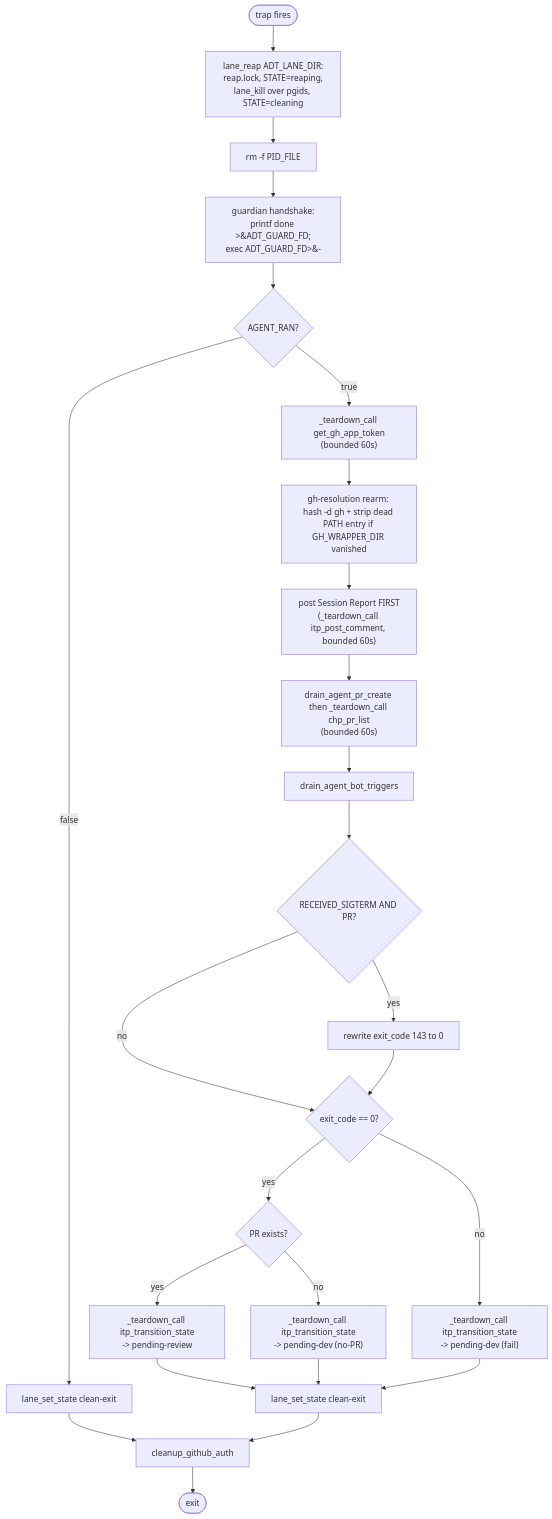
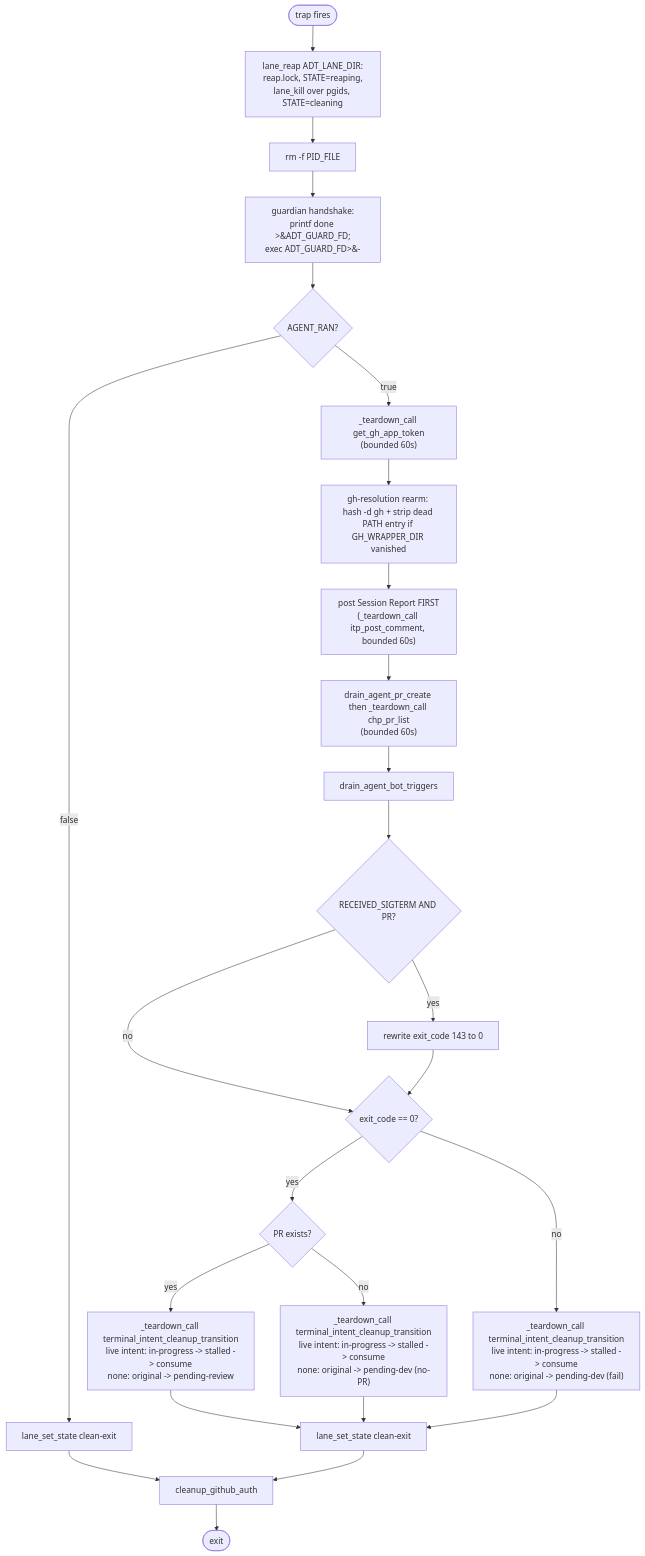
The second of 2 diagrams in docs/pipeline/dev-agent-flow.md (zxkane/autonomous-dev-team), drawn with Mermaid before and after one commit. The commit also changed other lines of this file and 27 other files, not shown here.

````diff
--- a/docs/pipeline/dev-agent-flow.md
+++ b/docs/pipeline/dev-agent-flow.md
@@ -369,31 +369,31 @@
 ```mermaid
 flowchart TD
     enter([trap fires]) --> lane_reap[lane_reap ADT_LANE_DIR:<br/>reap.lock, STATE=reaping,<br/>lane_kill over pgids, STATE=cleaning]
     lane_reap --> rm_pid[rm -f PID_FILE]
     rm_pid --> handshake["guardian handshake:<br/>printf done &gt;&amp;ADT_GUARD_FD;<br/>exec ADT_GUARD_FD&gt;&amp;-"]
     handshake --> ran{AGENT_RAN?}
     ran -- false --> lane_clean1[lane_set_state clean-exit]
     lane_clean1 --> auth_done[cleanup_github_auth]
     auth_done --> done([exit])
 
     ran -- true --> refresh["_teardown_call get_gh_app_token<br/>(bounded 60s)"]
     refresh --> gh_rearm[gh-resolution rearm: hash -d gh + strip dead PATH entry if GH_WRAPPER_DIR vanished]
     gh_rearm --> session_report["post Session Report FIRST<br/>(_teardown_call itp_post_comment, bounded 60s)"]
     session_report --> pr_lookup["drain_agent_pr_create then _teardown_call chp_pr_list<br/>(bounded 60s)"]
     pr_lookup --> bot_broker[drain_agent_bot_triggers]
     bot_broker --> sigterm_check{RECEIVED_SIGTERM AND PR?}
     sigterm_check -- yes --> rewrite[rewrite exit_code 143 to 0]
     sigterm_check -- no --> exit_branch
     rewrite --> exit_branch{exit_code == 0?}
 
     exit_branch -- yes --> pr_check{PR exists?}
-    pr_check -- yes --> to_review["_teardown_call itp_transition_state<br/>-> pending-review"]
-    pr_check -- no --> to_dev_no_pr["_teardown_call itp_transition_state<br/>-> pending-dev (no-PR)"]
+    pr_check -- yes --> to_review["_teardown_call terminal_intent_cleanup_transition<br/>live intent: in-progress -> stalled -> consume<br/>none: original -> pending-review"]
+    pr_check -- no --> to_dev_no_pr["_teardown_call terminal_intent_cleanup_transition<br/>live intent: in-progress -> stalled -> consume<br/>none: original -> pending-dev (no-PR)"]
 
-    exit_branch -- no --> to_dev_fail["_teardown_call itp_transition_state<br/>-> pending-dev (fail)"]
+    exit_branch -- no --> to_dev_fail["_teardown_call terminal_intent_cleanup_transition<br/>live intent: in-progress -> stalled -> consume<br/>none: original -> pending-dev (fail)"]
 
     to_review --> lane_clean2[lane_set_state clean-exit]
     to_dev_no_pr --> lane_clean2
     to_dev_fail --> lane_clean2
     lane_clean2 --> auth_done
 ```
````
